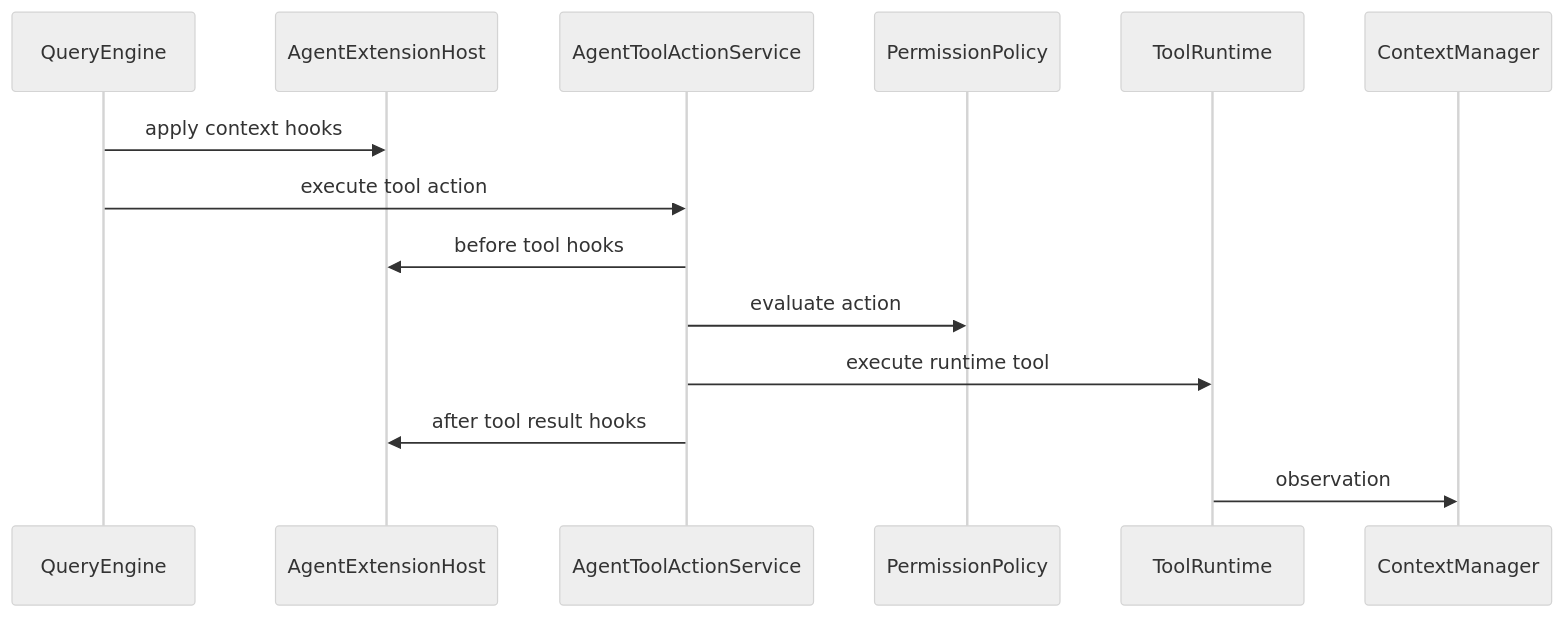
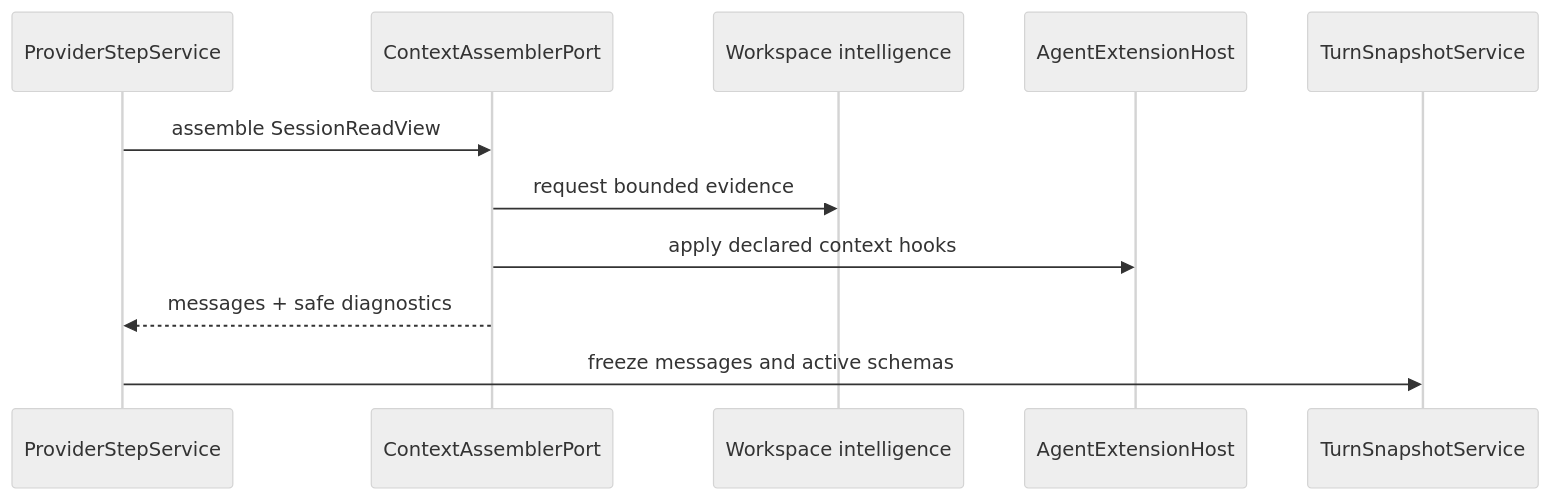
Before and after one commit to czh869452912/ccode-win7: the diagram in docs/platform/permissions-and-context.md, drawn with Mermaid (neutral theme). The commit also changed other lines of this file and 42 other files, not shown here.

Commit message:
docs: converge current architecture authorities

````diff
--- a/docs/platform/permissions-and-context.md
+++ b/docs/platform/permissions-and-context.md
@@ -57,16 +46,13 @@
 ```mermaid
 sequenceDiagram
-    participant QE as QueryEngine
-    participant AEH as AgentExtensionHost
-    participant ATS as AgentToolActionService
-    participant PP as PermissionPolicy
-    participant TR as ToolRuntime
-    participant CM as ContextManager
-    QE->>AEH: apply context hooks
-    QE->>ATS: execute tool action
-    ATS->>AEH: before tool hooks
-    ATS->>PP: evaluate action
-    ATS->>TR: execute runtime tool
-    ATS->>AEH: after tool result hooks
-    TR->>CM: observation
+    participant PS as ProviderStepService
+    participant CM as ContextAssemblerPort
+    participant WI as Workspace intelligence
+    participant EH as AgentExtensionHost
+    participant TS as TurnSnapshotService
+    PS->>CM: assemble SessionReadView
+    CM->>WI: request bounded evidence
+    CM->>EH: apply declared context hooks
+    CM-->>PS: messages + safe diagnostics
+    PS->>TS: freeze messages and active schemas
 ```
````
